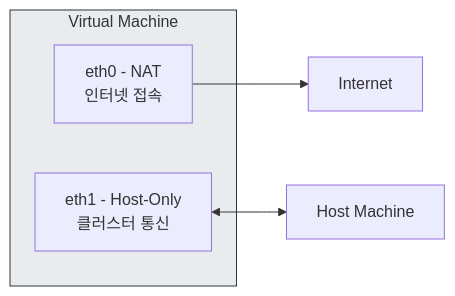
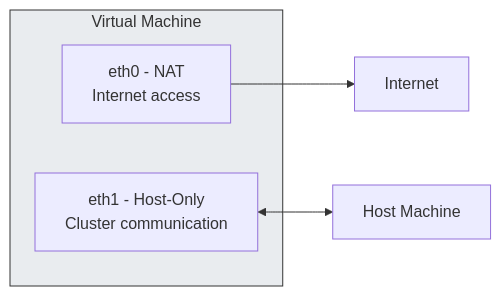
The sixth of 9 diagrams in i18n/en/docusaurus-plugin-content-blog/blog/2026-01-05/the-weight-of-kubernetes-installation.md (doxxx93/doxxx.dev), drawn with Mermaid before and after one commit. The commit also changed other lines of this file and 6 other files, not shown here.

````diff
--- a/i18n/en/docusaurus-plugin-content-blog/blog/2026-01-05/the-weight-of-kubernetes-installation.md
+++ b/i18n/en/docusaurus-plugin-content-blog/blog/2026-01-05/the-weight-of-kubernetes-installation.md
@@ -192,12 +192,12 @@
 ```mermaid
 graph LR
     subgraph VM["Virtual Machine"]
-        eth0["eth0 - NAT<br/>인터넷 접속"]
-        eth1["eth1 - Host-Only<br/>클러스터 통신"]
+        eth0["eth0 - NAT<br/>Internet access"]
+        eth1["eth1 - Host-Only<br/>Cluster communication"]
     end
 
     eth0 --> Internet["Internet"]
     eth1 <--> Host["Host Machine"]
 
     style VM fill:#e9ecef,stroke:#333
 ```
````
